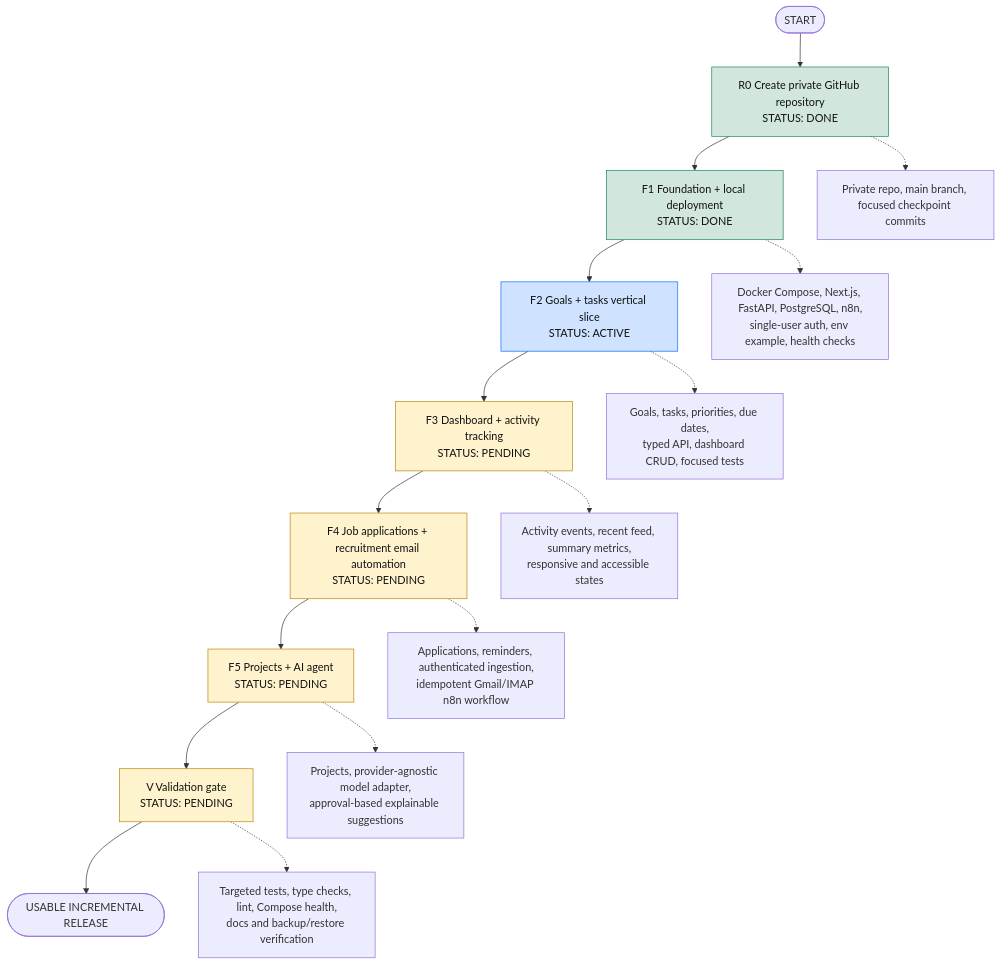
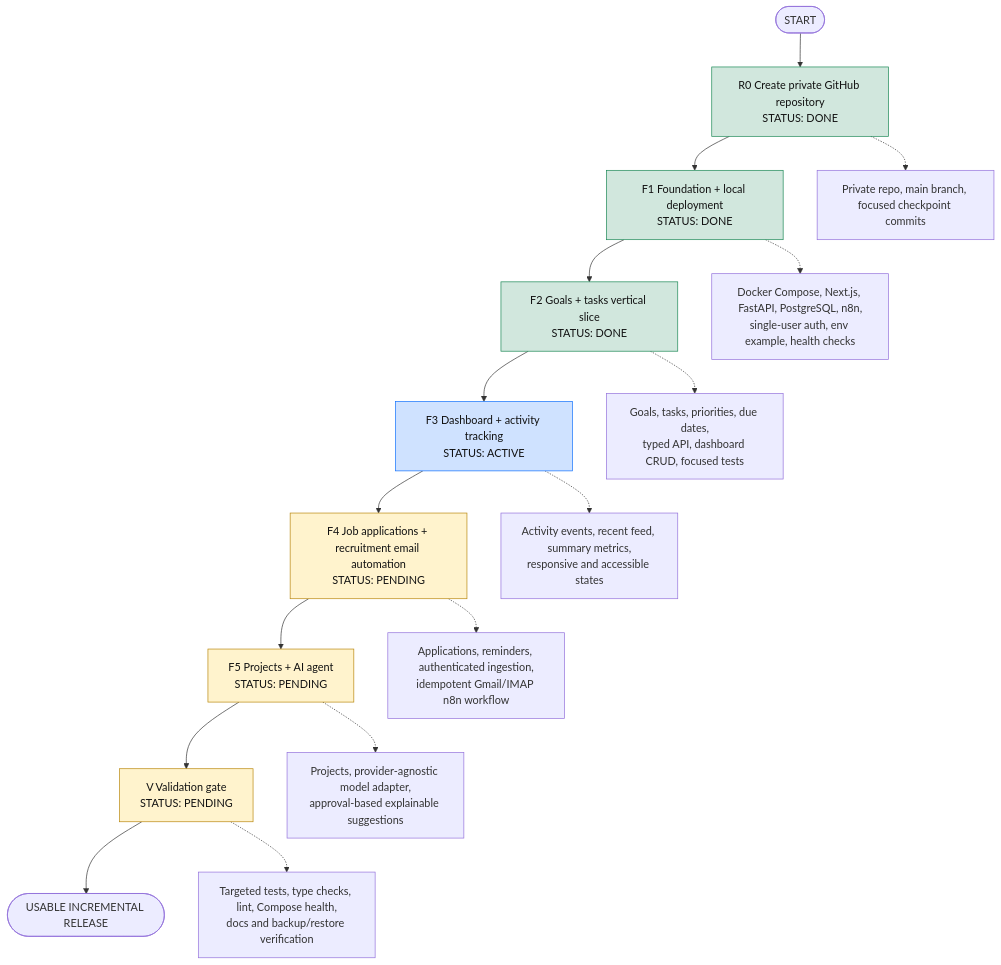
Before and after one commit to sonalisrisivani/personal-os: the diagram in docs/personal-os-map.mmd, drawn with Mermaid. The commit also changed 22 other files, not shown here.

Commit message:
feat: add goals and tasks vertical slice

```diff
--- a/docs/personal-os-map.mmd
+++ b/docs/personal-os-map.mmd
@@ -1,32 +1,33 @@
 %% Personal OS execution map
 %% Source of truth for execution order and completion status.
 %% Status legend: PENDING, ACTIVE, DONE, BLOCKED.
 %% Before each implementation turn: read this map first.
 %% After each completed block: change its STATUS and update the matching SQL todo.
 
 flowchart TD
     START([START]) --> R["R0 Create private GitHub repository<br/>STATUS: DONE"]
     R --> F["F1 Foundation + local deployment<br/>STATUS: DONE"]
-    F --> G["F2 Goals + tasks vertical slice<br/>STATUS: ACTIVE"]
-    G --> A["F3 Dashboard + activity tracking<br/>STATUS: PENDING"]
+    F --> G["F2 Goals + tasks vertical slice<br/>STATUS: DONE"]
+    G --> A["F3 Dashboard + activity tracking<br/>STATUS: ACTIVE"]
     A --> E["F4 Job applications + recruitment email automation<br/>STATUS: PENDING"]
     E --> I["F5 Projects + AI agent<br/>STATUS: PENDING"]
     I --> V["V Validation gate<br/>STATUS: PENDING"]
     V --> DONE([USABLE INCREMENTAL RELEASE])
 
     F -.-> Fscope["Docker Compose, Next.js, FastAPI, PostgreSQL, n8n,<br/>single-user auth, env example, health checks"]
     R -.-> Rscope["Private repo, main branch, focused checkpoint commits"]
     G -.-> Gscope["Goals, tasks, priorities, due dates,<br/>typed API, dashboard CRUD, focused tests"]
     A -.-> Ascope["Activity events, recent feed, summary metrics,<br/>responsive and accessible states"]
     E -.-> Escope["Applications, reminders, authenticated ingestion,<br/>idempotent Gmail/IMAP n8n workflow"]
     I -.-> Iscope["Projects, provider-agnostic model adapter,<br/>approval-based explainable suggestions"]
     V -.-> Vscope["Targeted tests, type checks, lint, Compose health,<br/>docs and backup/restore verification"]
 
     classDef pending fill:#fff3cd,stroke:#b8860b,color:#111;
     classDef active fill:#cfe2ff,stroke:#0d6efd,color:#111;
     classDef done fill:#d1e7dd,stroke:#198754,color:#111;
     classDef blocked fill:#f8d7da,stroke:#dc3545,color:#111;
-    class A,E,I,V pending;
-    class G active;
+    class E,I,V pending;
+    class A active;
+    class G done;
     class F done;
     class R done;
```
